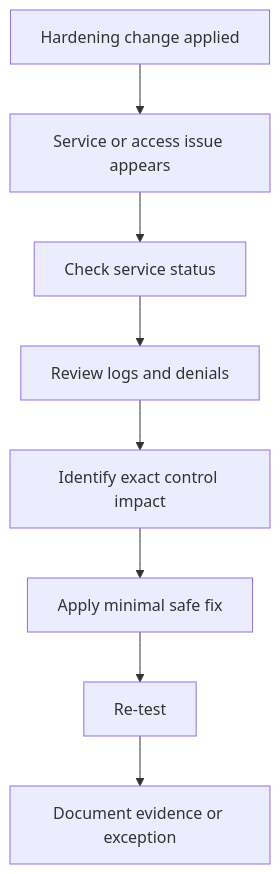
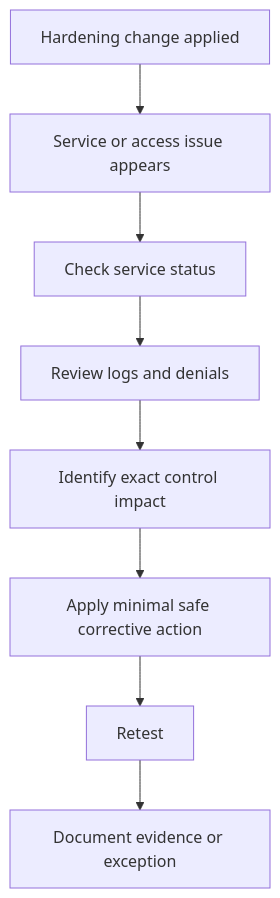
The diagram in diagrams/security/stig-troubleshooting-workflow.md (brianhannigan/systems-admin-field-guide), drawn with Mermaid before and after one commit. The commit also changed 22 other files, not shown here.

Commit message:
polish: fix repo presentation diagrams and github backlog

````diff
--- a/diagrams/security/stig-troubleshooting-workflow.md
+++ b/diagrams/security/stig-troubleshooting-workflow.md
@@ -3,10 +3,10 @@
 ```mermaid
 flowchart TD
     A[Hardening change applied] --> B[Service or access issue appears]
     B --> C[Check service status]
     C --> D[Review logs and denials]
     D --> E[Identify exact control impact]
-    E --> F[Apply minimal safe fix]
-    F --> G[Re-test]
+    E --> F[Apply minimal safe corrective action]
+    F --> G[Retest]
     G --> H[Document evidence or exception]
 ```
````
